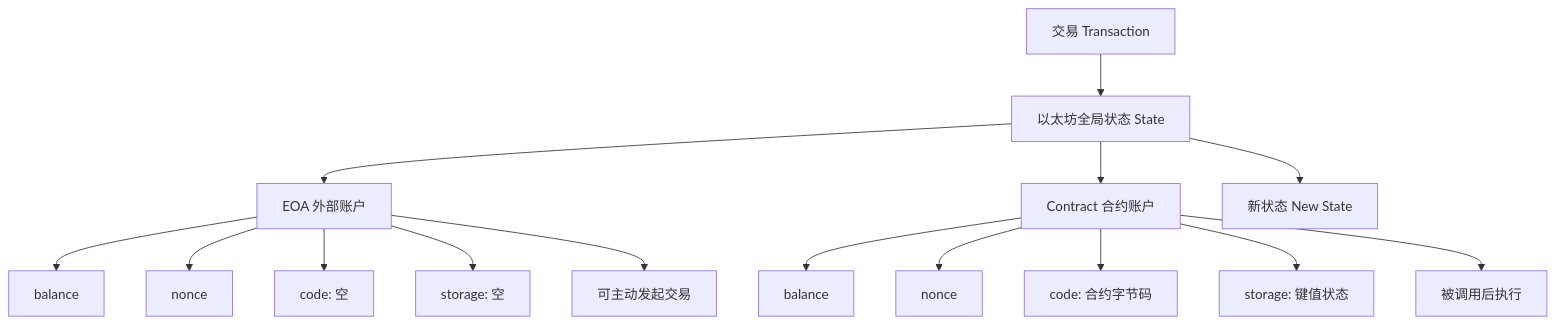
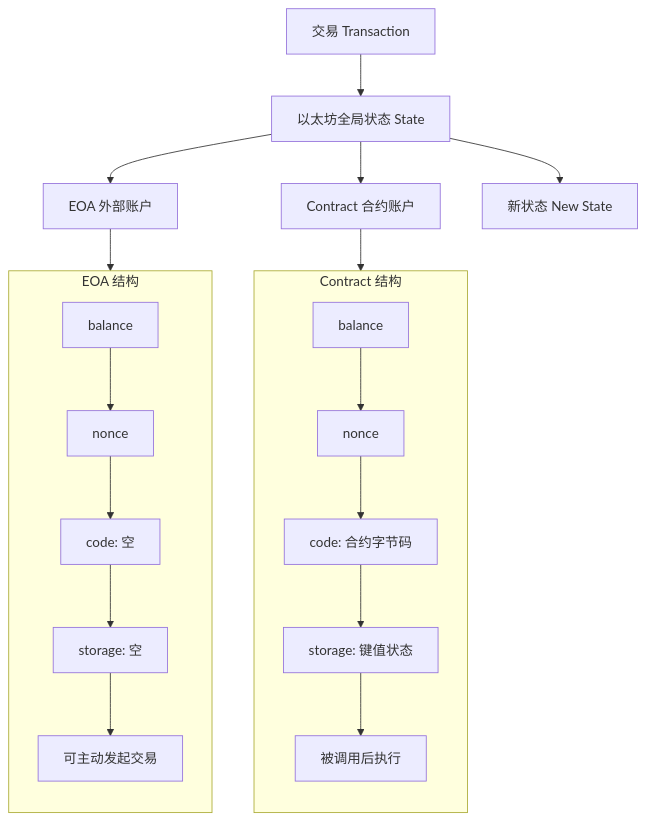
Before and after one commit to web3-wallet-org/web3-wallet-notes: the diagram in docs/eth/01-以太坊基础/02-账户模型与账户结构.md, drawn with Mermaid. The commit also changed other lines of this file and 6 other files, not shown here.

````diff
--- a/docs/eth/01-以太坊基础/02-账户模型与账户结构.md
+++ b/docs/eth/01-以太坊基础/02-账户模型与账户结构.md
@@ -4,20 +35,20 @@
 ```mermaid
-flowchart TD
-    A[以太坊全局状态 State] --> B[EOA 外部账户]
+flowchart TB
+    T[交易 Transaction] --> A[以太坊全局状态 State]
+    A --> B[EOA 外部账户]
     A --> C[Contract 合约账户]
+    A --> R[新状态 New State]
 
-    B --> B1[balance]
-    B --> B2[nonce]
-    B --> B3[code: 空]
-    B --> B4[storage: 空]
-    B --> B5[可主动发起交易]
+    subgraph EOA_Detail[EOA 结构]
+        direction TB
+        B1[balance] --> B2[nonce] --> B3[code: 空] --> B4[storage: 空] --> B5[可主动发起交易]
+    end
 
-    C --> C1[balance]
-    C --> C2[nonce]
-    C --> C3[code: 合约字节码]
-    C --> C4[storage: 键值状态]
-    C --> C5[被调用后执行]
+    subgraph Contract_Detail[Contract 结构]
+        direction TB
+        C1[balance] --> C2[nonce] --> C3[code: 合约字节码] --> C4[storage: 键值状态] --> C5[被调用后执行]
+    end
 
-    T[交易 Transaction] --> A
-    A --> R[新状态 New State]
+    B --> B1
+    C --> C1
 ```
````
